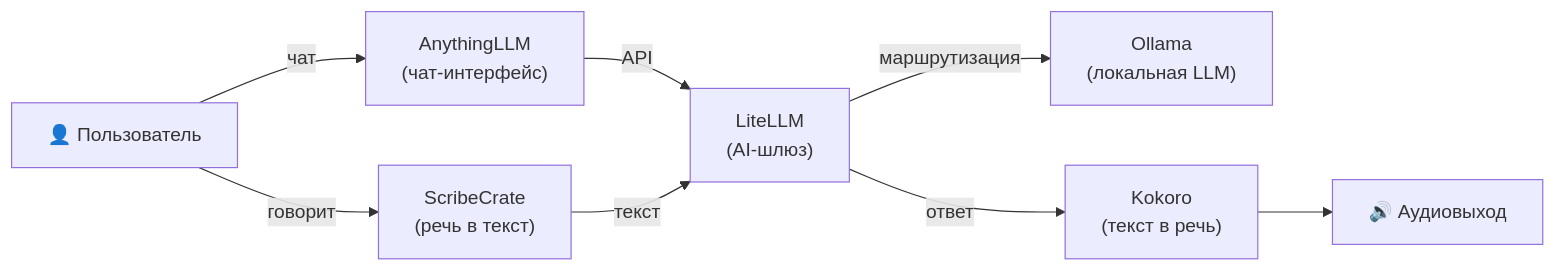
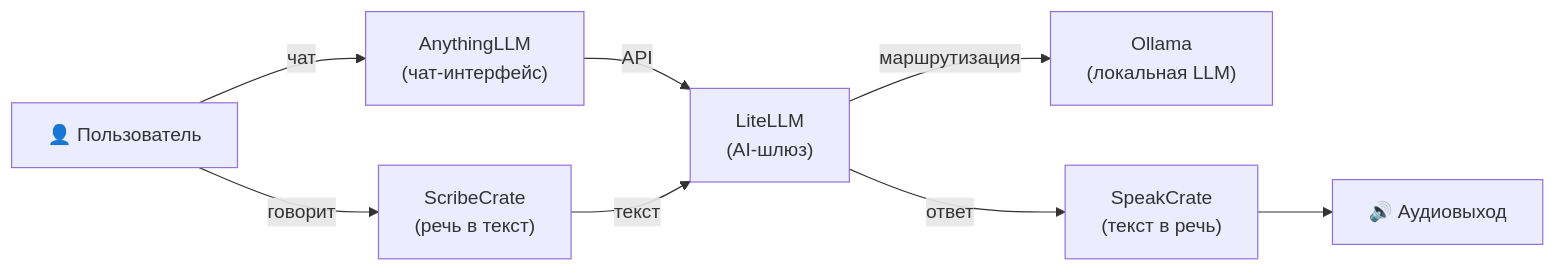
The diagram in stacks/voice-chat/README-ru.md (hwdsl2/self-hosted-ai-stack), drawn with Mermaid before and after one commit. The commit also changed other lines of this file and 26 other files, not shown here.

````diff
--- a/stacks/voice-chat/README-ru.md
+++ b/stacks/voice-chat/README-ru.md
@@ -17,10 +17,10 @@
 ```mermaid
 graph LR
     U["👤 Пользователь"] -->|чат| A["AnythingLLM<br/>(чат-интерфейс)"]
     U -->|говорит| W["ScribeCrate<br/>(речь в текст)"]
     A -->|API| L["LiteLLM<br/>(AI-шлюз)"]
     L -->|маршрутизация| O["Ollama<br/>(локальная LLM)"]
-    L -->|ответ| K["Kokoro<br/>(текст в речь)"]
+    L -->|ответ| K["SpeakCrate<br/>(текст в речь)"]
     K --> S["🔊 Аудиовыход"]
     W -->|текст| L
 ```
````
